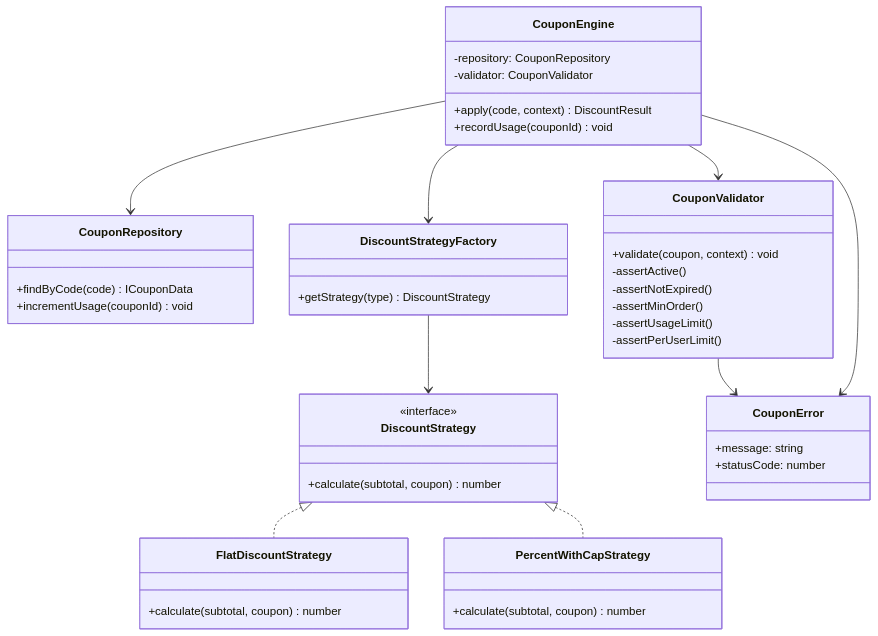
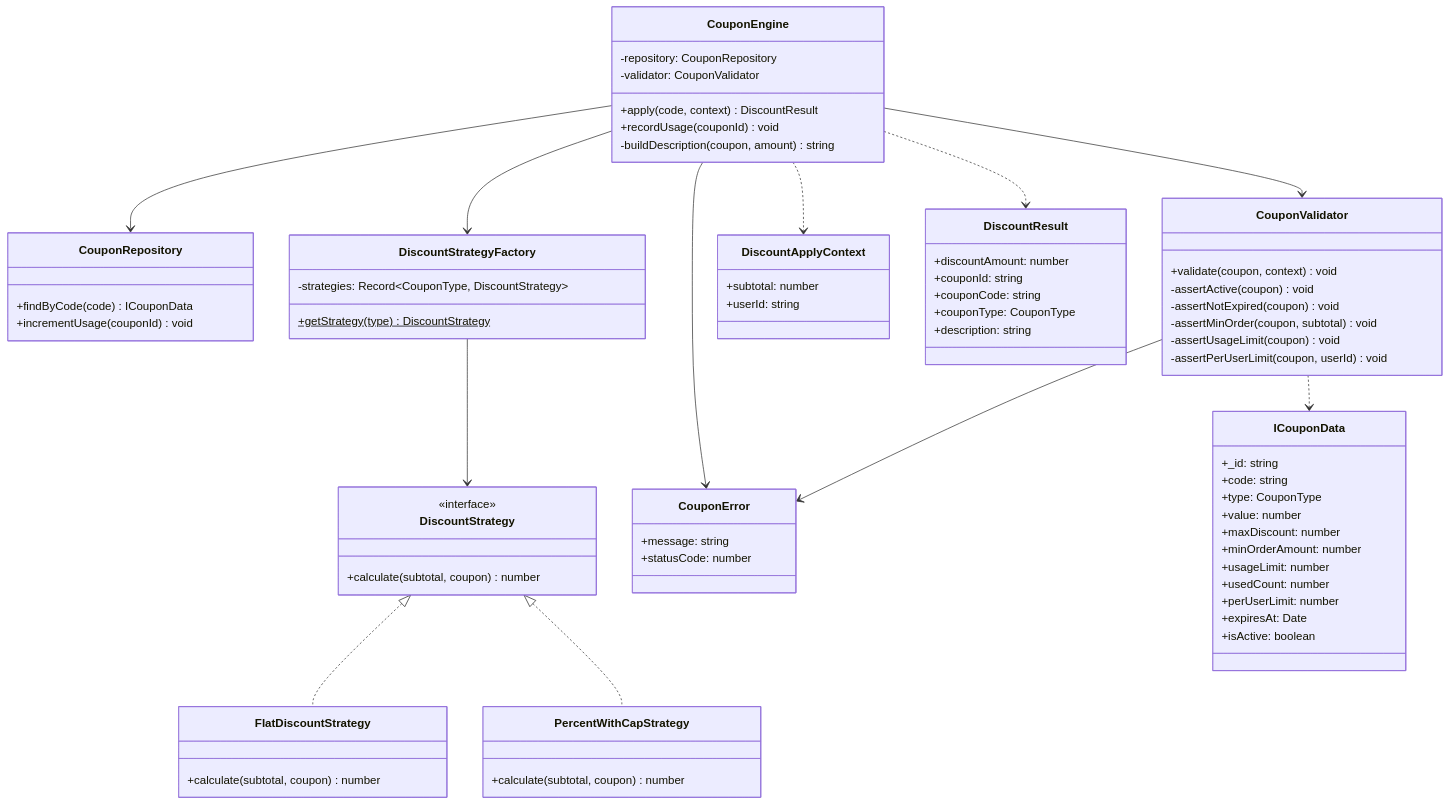
One commit to subhm2004/ByteBites changed the sixth of 8 diagrams in README.md. Above: the diagram before and after it, drawn with Mermaid. The commit also changed other lines of this file and 23 other files, not shown here.

````diff
--- a/README.md
+++ b/README.md
@@ -273,6 +587,7 @@
         -validator: CouponValidator
         +apply(code, context) DiscountResult
         +recordUsage(couponId) void
+        -buildDescription(coupon, amount) string
     }
 
     class CouponRepository {
@@ -282,15 +597,16 @@
 
     class CouponValidator {
         +validate(coupon, context) void
-        -assertActive()
-        -assertNotExpired()
-        -assertMinOrder()
-        -assertUsageLimit()
-        -assertPerUserLimit()
+        -assertActive(coupon) void
+        -assertNotExpired(coupon) void
+        -assertMinOrder(coupon, subtotal) void
+        -assertUsageLimit(coupon) void
+        -assertPerUserLimit(coupon, userId) void
     }
 
     class DiscountStrategyFactory {
-        +getStrategy(type) DiscountStrategy
+        -strategies: Record~CouponType, DiscountStrategy~
+        +getStrategy(type)$ DiscountStrategy
     }
 
     class DiscountStrategy {
@@ -311,6 +627,33 @@
         +statusCode: number
     }
 
+    class ICouponData {
+        +_id: string
+        +code: string
+        +type: CouponType
+        +value: number
+        +maxDiscount: number
+        +minOrderAmount: number
+        +usageLimit: number
+        +usedCount: number
+        +perUserLimit: number
+        +expiresAt: Date
+        +isActive: boolean
+    }
+
+    class DiscountApplyContext {
+        +subtotal: number
+        +userId: string
+    }
+
+    class DiscountResult {
+        +discountAmount: number
+        +couponId: string
+        +couponCode: string
+        +couponType: CouponType
+        +description: string
+    }
+
     CouponEngine --> CouponRepository
     CouponEngine --> CouponValidator
     CouponEngine --> DiscountStrategyFactory
@@ -319,4 +662,7 @@
     DiscountStrategy <|.. PercentWithCapStrategy
     CouponValidator --> CouponError
     CouponEngine --> CouponError
+    CouponValidator ..> ICouponData
+    CouponEngine ..> DiscountApplyContext
+    CouponEngine ..> DiscountResult
 ```
````
